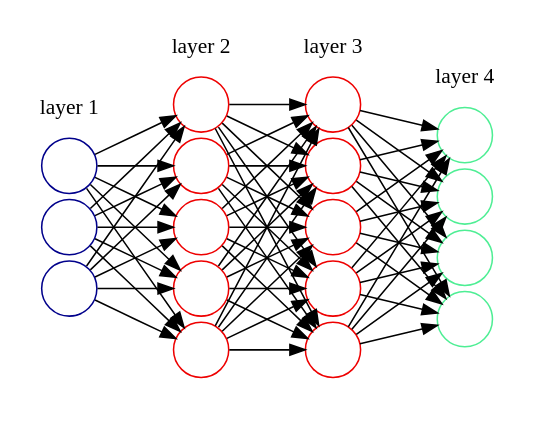
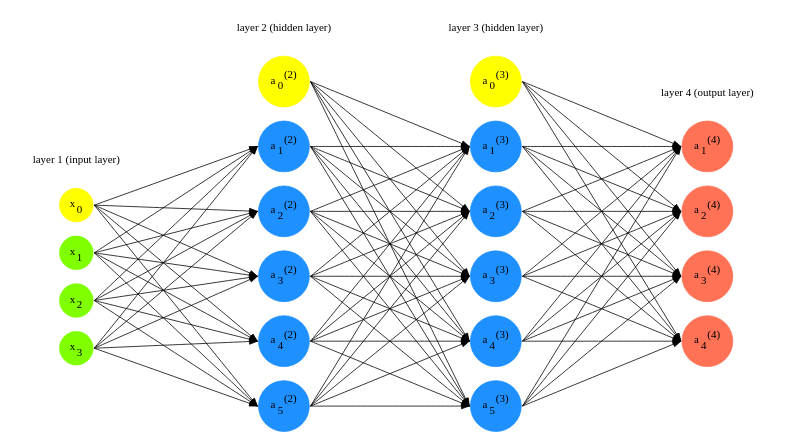
Before and after one commit to knudvaneeden/graphviz: the diagram in ddd.dot, drawn with Graphviz.

Commit message:
Last commit: 19/02/2018 18:35:31

```diff
--- a/ddd.dot
+++ b/ddd.dot
@@ -1,112 +1,73 @@
 
 digraph G {
-
-        rankdir=LR
-	splines=line
-        nodesep=.05;
-
-        node [label=""];
-
-        subgraph cluster_0 {
-		color=white;
-                node [style=solid,color=blue4, shape=circle];
-		x1 x2 x3;
-		label = "layer 1";
-	}
-
-	subgraph cluster_1 {
-		color=white;
-		node [style=solid,color=red2, shape=circle];
-		a12 a22 a32 a42 a52;
-		label = "layer 2";
-	}
-
-	subgraph cluster_2 {
-		color=white;
-		node [style=solid,color=red2, shape=circle];
-		a13 a23 a33 a43 a53;
-		label = "layer 3";
-	}
-
-	subgraph cluster_3 {
-		color=white;
-		node [style=solid,color=seagreen2, shape=circle];
-		O1 O2 O3 O4;
-		label="layer 4";
-	}
-
-        x1 -> a12;
-        x1 -> a22;
-        x1 -> a32;
-        x1 -> a42;
-        x1 -> a52;
-
-        x2 -> a12;
-        x2 -> a22;
-        x2 -> a32;
-        x2 -> a42;
-        x2 -> a52;
-
-        x3 -> a12;
-        x3 -> a22;
-        x3 -> a32;
-        x3 -> a42;
-        x3 -> a52;
-
-        a12 -> a13
-        a22 -> a13
-        a32 -> a13
-        a42 -> a13
-        a52 -> a13
-
-        a12 -> a23
-        a22 -> a23
-        a32 -> a23
-        a42 -> a23
-        a52 -> a23
-
-        a12 -> a33
-        a22 -> a33
-        a32 -> a33
-        a42 -> a33
-        a52 -> a33
-
-        a12 -> a43
-        a22 -> a43
-        a32 -> a43
-        a42 -> a43
-        a52 -> a43
-
-        a12 -> a53
-        a22 -> a53
-        a32 -> a53
-        a42 -> a53
-        a52 -> a53
-
-        a13 -> O1
-        a23 -> O1
-        a33 -> O1
-        a43 -> O1
-        a53 -> O1
-
-        a13 -> O2
-        a23 -> O2
-        a33 -> O2
-        a43 -> O2
-        a53 -> O2
-
-        a13 -> O3
-        a23 -> O3
-        a33 -> O3
-        a43 -> O3
-        a53 -> O3
-
-        a13 -> O4
-        a23 -> O4
-        a33 -> O4
-        a43 -> O4
-        a53 -> O4
-
-
-
+    size = "7,7";
+    rankdir = LR;
+    splines=false;
+    edge[style=invis];
+    ranksep= 1.4;
+    {
+    node [shape=circle, color=yellow, style=filled, fillcolor=yellow];
+    x0 [label=<x<sub>0</sub>>];
+    a02 [label=<a<sub>0</sub><sup>(2)</sup>>];
+    a03 [label=<a<sub>0</sub><sup>(3)</sup>>];
+    }
+    {
+    node [shape=circle, color=chartreuse, style=filled, fillcolor=chartreuse];
+    x1 [label=<x<sub>1</sub>>];
+    x2 [label=<x<sub>2</sub>>];
+    x3 [label=<x<sub>3</sub>>];
 }
+{
+    node [shape=circle, color=dodgerblue, style=filled, fillcolor=dodgerblue];
+    a12 [label=<a<sub>1</sub><sup>(2)</sup>>];
+    a22 [label=<a<sub>2</sub><sup>(2)</sup>>];
+    a32 [label=<a<sub>3</sub><sup>(2)</sup>>];
+    a42 [label=<a<sub>4</sub><sup>(2)</sup>>];
+    a52 [label=<a<sub>5</sub><sup>(2)</sup>>];
+    a13 [label=<a<sub>1</sub><sup>(3)</sup>>];
+    a23 [label=<a<sub>2</sub><sup>(3)</sup>>];
+    a33 [label=<a<sub>3</sub><sup>(3)</sup>>];
+    a43 [label=<a<sub>4</sub><sup>(3)</sup>>];
+    a53 [label=<a<sub>5</sub><sup>(3)</sup>>];
+}
+{
+    node [shape=circle, color=coral1, style=filled, fillcolor=coral1];
+    O1 [label=<a<sub>1</sub><sup>(4)</sup>>];
+    O2 [label=<a<sub>2</sub><sup>(4)</sup>>];
+    O3 [label=<a<sub>3</sub><sup>(4)</sup>>];
+    O4 [label=<a<sub>4</sub><sup>(4)</sup>>];
+}
+    {
+        rank=same;
+        x0->x1->x2->x3;
+    }
+    {
+        rank=same;
+        a02->a12->a22->a32->a42->a52;
+    }
+    {
+        rank=same;
+        a03->a13->a23->a33->a43->a53;
+    }
+    {
+        rank=same;
+        O1->O2->O3->O4;
+    }
+    a02->a03;  // prevent tilting
+    l0 [shape=plaintext, label="layer 1 (input layer)"];
+    l0->x0;
+    {rank=same; l0;x0};
+    l1 [shape=plaintext, label="layer 2 (hidden layer)"];
+    l1->a02;
+    {rank=same; l1;a02};
+    l2 [shape=plaintext, label="layer 3 (hidden layer)"];
+    l2->a03;
+    {rank=same; l2;a03};
+    l3 [shape=plaintext, label="layer 4 (output layer)"];
+    l3->O1;
+    {rank=same; l3;O1};
+    edge[style=solid, tailport=e, headport=w];
+    {x0; x1; x2; x3} -> {a12;a22;a32;a42;a52};
+    {a02;a12;a22;a32;a42;a52} -> {a13;a23;a33;a43;a53};
+    {a03;a13;a23;a33;a43;a53} -> {O1,O2,O3,O4};
+}
```
